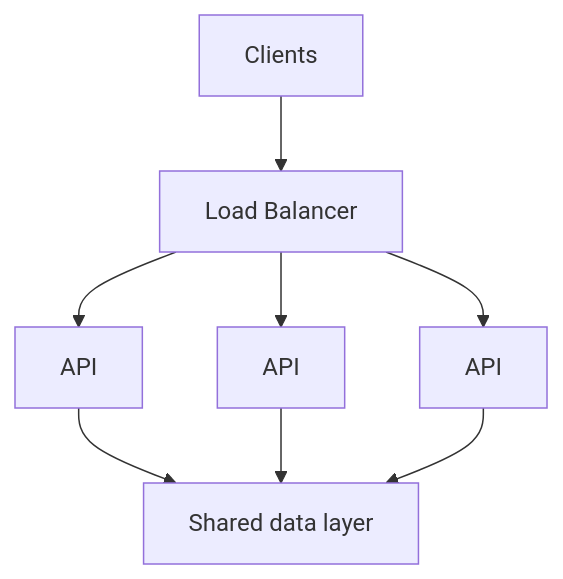
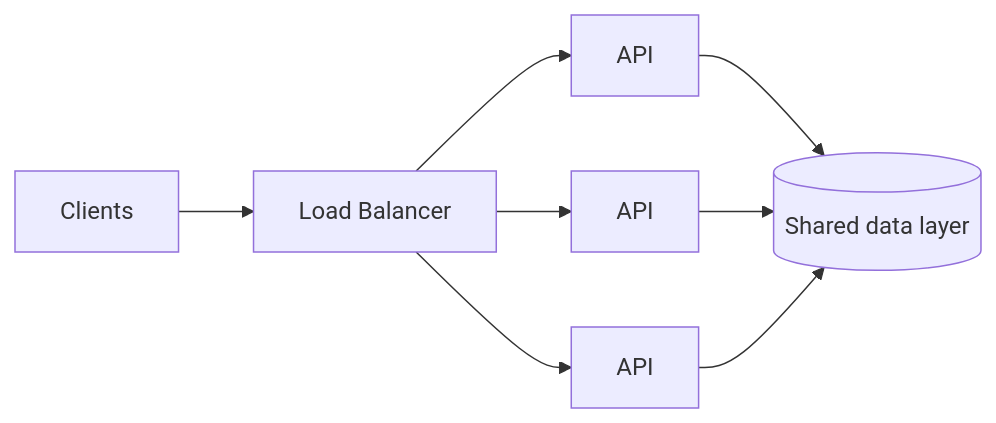
One commit to khodorkin-dmitrii/android-dev-handbook changed the second of 2 diagrams in docs/engineering/system-design/scalability-capacity.md. Above: the diagram before and after it, drawn with Mermaid. The commit also changed other lines of this file and 7 other files, not shown here.

````diff
--- a/docs/engineering/system-design/scalability-capacity.md
+++ b/docs/engineering/system-design/scalability-capacity.md
@@ -40,10 +80,10 @@
 ```mermaid
-flowchart TD
-    C[Clients] --> LB[Load Balancer]
-    LB --> A1[API]
-    LB --> A2[API]
-    LB --> A3[API]
-    A1 --> D[Shared data layer]
+flowchart LR
+    C[Clients] --> L[Load Balancer]
+    L --> A1[API]
+    L --> A2[API]
+    L --> A3[API]
+    A1 --> D[(Shared data layer)]
     A2 --> D
     A3 --> D
 ```
````
